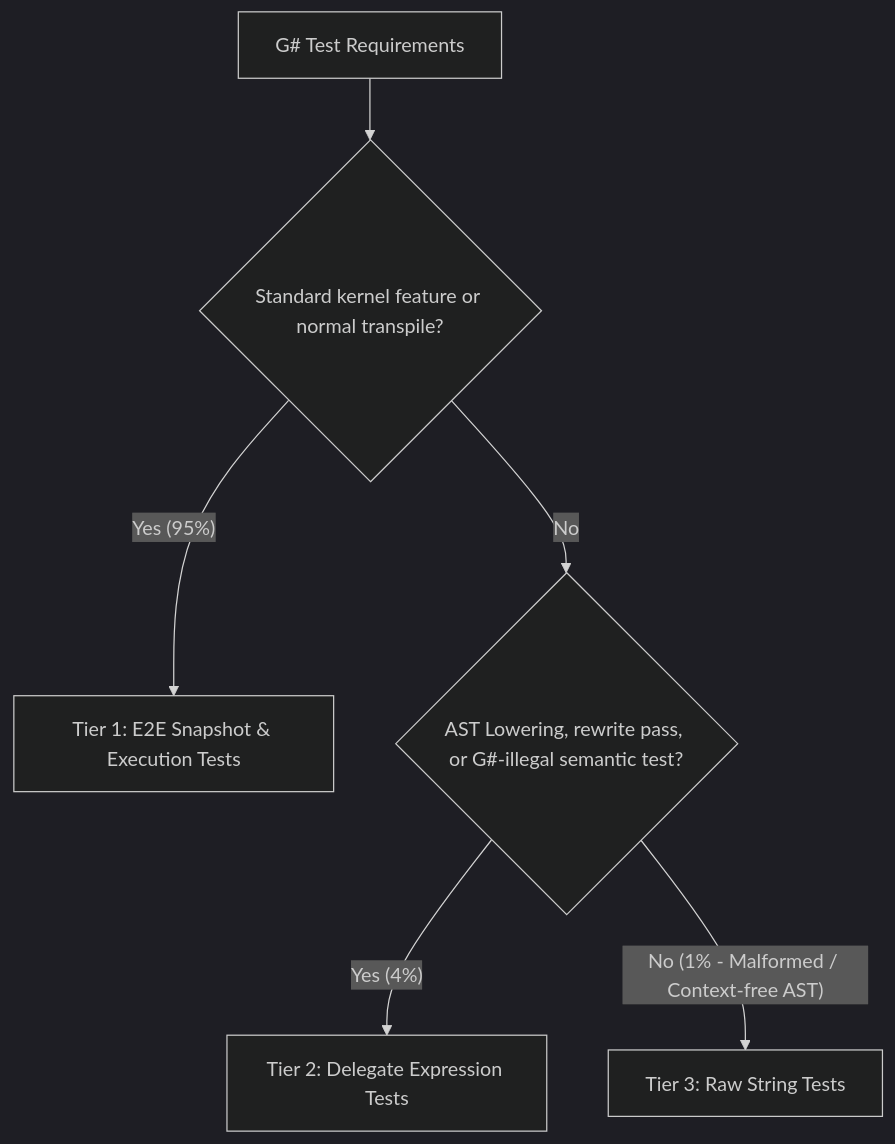
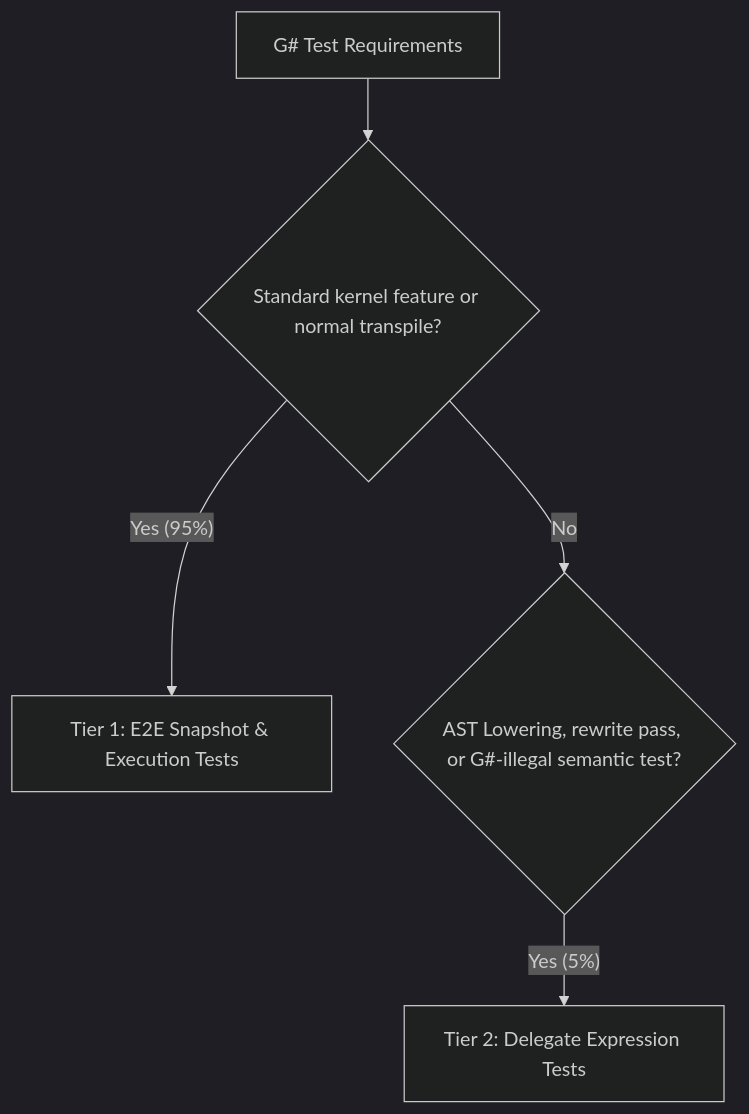
The diagram in .agents/rules/test-architecture.md (kassyi/Henicos), drawn with Mermaid (dark theme) before and after one commit. The commit also changed other lines of this file, not shown here.

First line of the commit message:
docs(rules): update test architecture to strict 2-tier hierarchy

````diff
--- a/.agents/rules/test-architecture.md
+++ b/.agents/rules/test-architecture.md
@@ -18,8 +18,7 @@
 ```mermaid
 graph TD
     A[G# Test Requirements] --> B{Standard kernel feature or normal transpile?}
     B -- Yes (95%) --> Tier1[Tier 1: E2E Snapshot & Execution Tests]
     B -- No --> C{AST Lowering, rewrite pass, or G#-illegal semantic test?}
-    C -- Yes (4%) --> Tier2[Tier 2: Delegate Expression Tests]
-    C -- No (1% - Malformed / Context-free AST) --> Tier3[Tier 3: Raw String Tests]
+    C -- Yes (5%) --> Tier2[Tier 2: Delegate Expression Tests]
 ```
````
